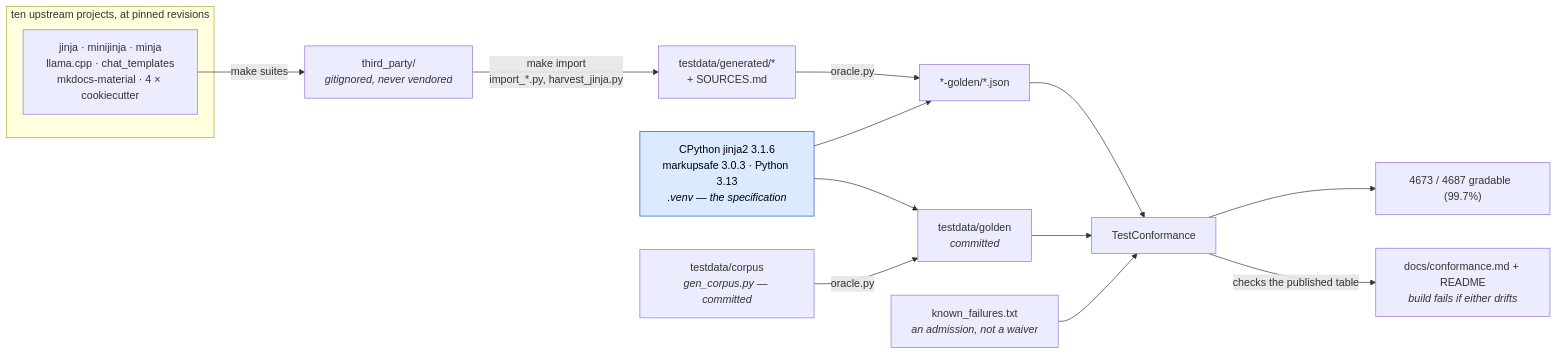
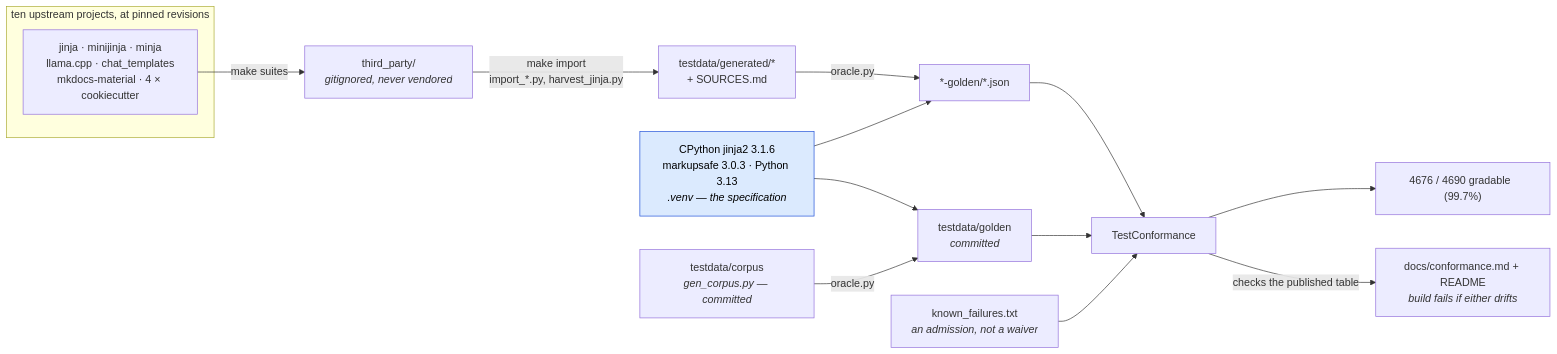
Before and after one commit to mgilbir/gojja2: the first of 2 diagrams in docs/conformance.md, drawn with Mermaid. The commit also changed other lines of this file and 21 other files, not shown here.

````diff
--- a/docs/conformance.md
+++ b/docs/conformance.md
@@ -17,24 +17,24 @@
 ```mermaid
 flowchart LR
     subgraph up["ten upstream projects, at pinned revisions"]
         U1["jinja · minijinja · minja<br/>llama.cpp · chat_templates<br/>mkdocs-material · 4 × cookiecutter"]
     end
     U1 -->|"make suites"| TP["third_party/<br/><i>gitignored, never vendored</i>"]
     TP -->|"make import<br/>import_*.py, harvest_jinja.py"| GEN["testdata/generated/*<br/>+ SOURCES.md"]
 
     ORA["CPython jinja2 3.1.6<br/>markupsafe 3.0.3 · Python 3.13<br/><i>.venv — the specification</i>"]
     GEN -->|"oracle.py"| G2["*-golden/*.json"]
     ORA --> G2
 
     OWN["testdata/corpus<br/><i>gen_corpus.py — committed</i>"] -->|"oracle.py"| G1["testdata/golden<br/><i>committed</i>"]
     ORA --> G1
 
     G1 --> TC["TestConformance"]
     G2 --> TC
     KF["known_failures.txt<br/><i>an admission, not a waiver</i>"] --> TC
-    TC --> RATE["4673 / 4687 gradable  (99.7%)"]
+    TC --> RATE["4676 / 4690 gradable  (99.7%)"]
     TC -->|"checks the published table"| RM["docs/conformance.md + README<br/><i>build fails if either drifts</i>"]
 
     classDef spec fill:#dbeafe,stroke:#1d4ed8,color:#000
     class ORA spec
 ```
````
